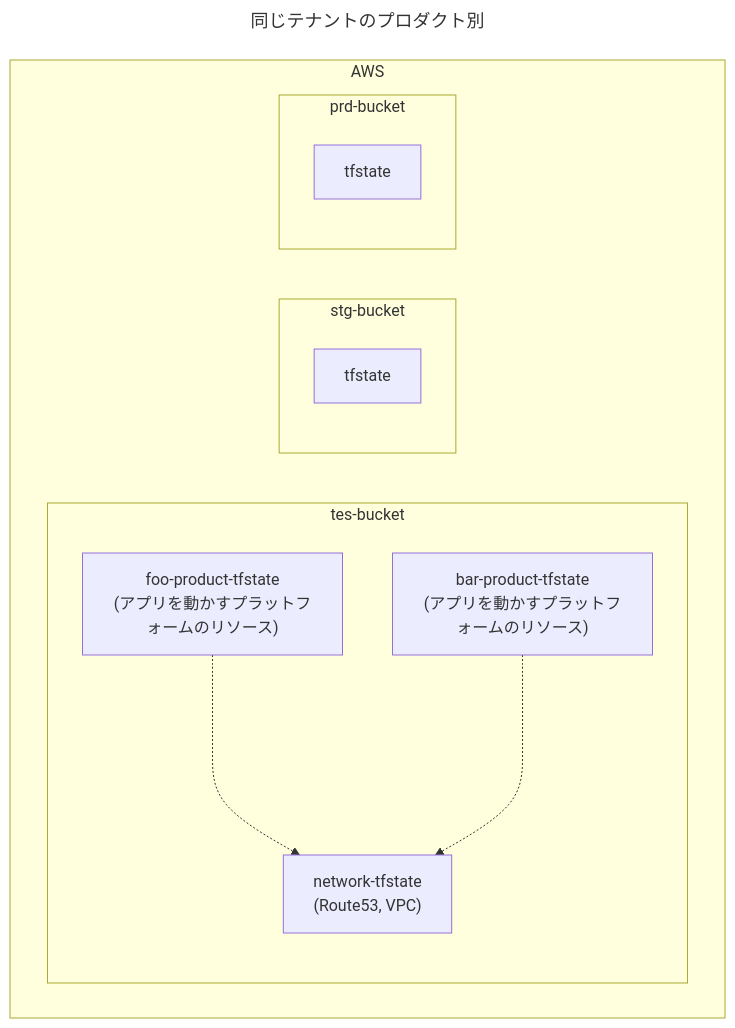
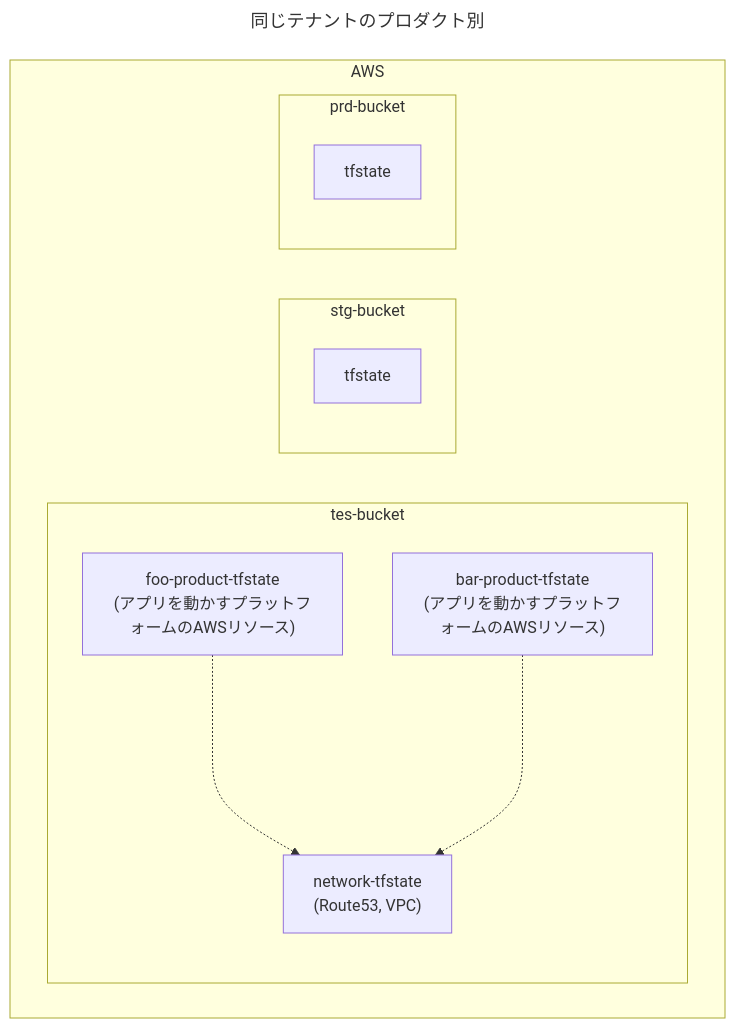
Before and after one commit to hiroki-it/hatenablog: the seventh of 12 diagrams in dist/entry/2023/07/01/180257.md, drawn with Mermaid. The commit also changed other lines of this file and 4 other files, not shown here.

````diff
--- a/dist/entry/2023/07/01/180257.md
+++ b/dist/entry/2023/07/01/180257.md
@@ -1175,20 +1182,20 @@
 ```mermaid
 ---
 title: 同じテナントのプロダクト別
 ---
 %%{init:{'theme':'default'}}%%
 flowchart TB
     subgraph AWS
         subgraph tes-bucket
-            foo["foo-product-tfstate<br>(アプリを動かすプラットフォームのリソース)"]-..->network
-            bar["bar-product-tfstate<br>(アプリを動かすプラットフォームのリソース)"]-..->network
+            foo["foo-product-tfstate<br>(アプリを動かすプラットフォームのAWSリソース)"]-..->network
+            bar["bar-product-tfstate<br>(アプリを動かすプラットフォームのAWSリソース)"]-..->network
             network["network-tfstate<br>(Route53, VPC)"]
         end
     subgraph stg-bucket
         stg["tfstate"]
     end
     subgraph prd-bucket
         prd["tfstate"]
     end
     end
 ```
````
